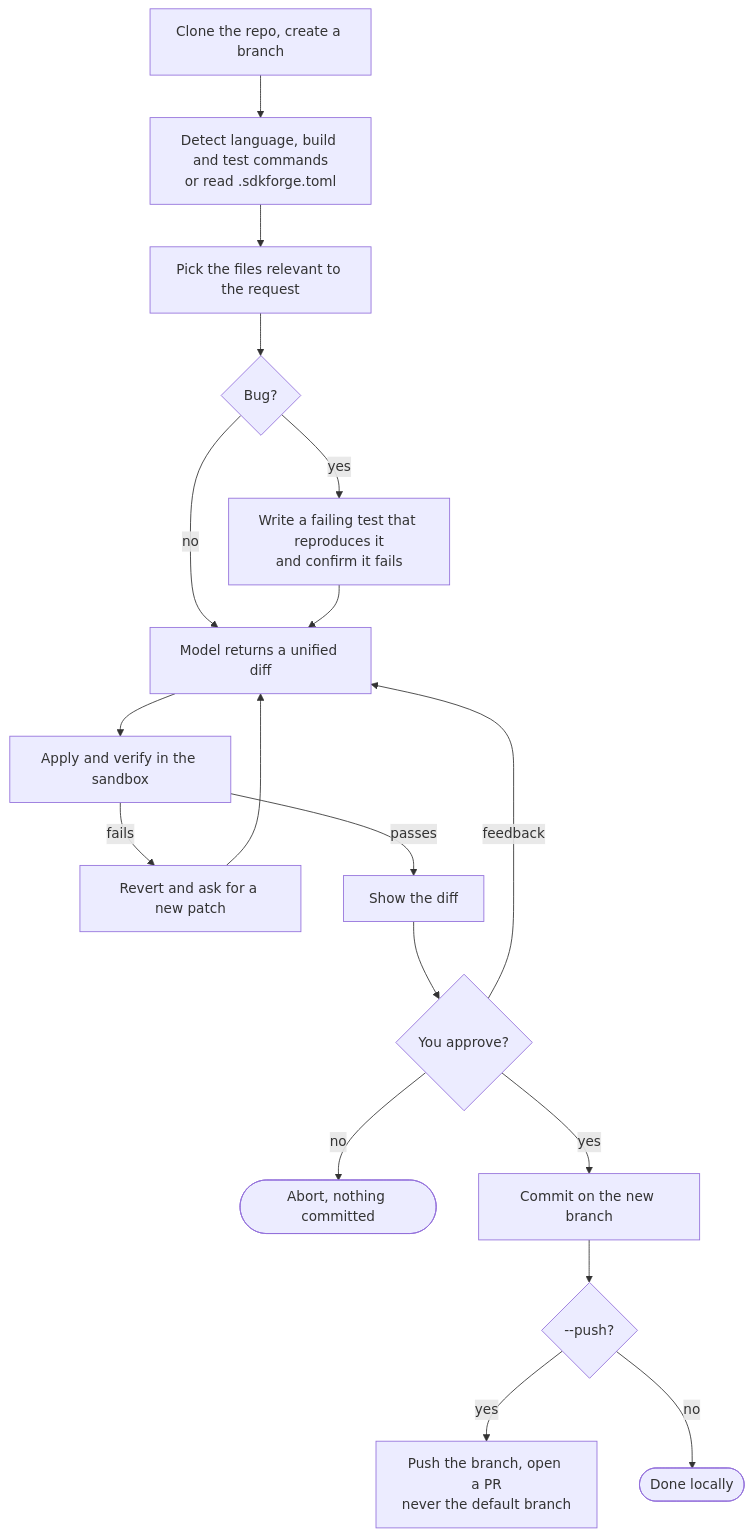
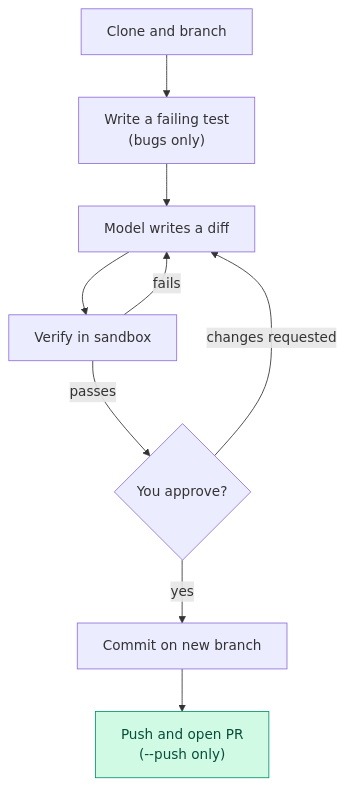
The fourth of 6 diagrams in README.md (phoscoder/sdk-forger), drawn with Mermaid before and after one commit. The commit also changed other lines of this file, not shown here.

Commit message:
docs: simplify the README diagrams

````diff
--- a/README.md
+++ b/README.md
@@ -138,20 +107,14 @@
 ```mermaid
 flowchart TD
-    A["Clone the repo, create a branch"] --> B["Detect language, build and test commands<br/>or read .sdkforge.toml"]
-    B --> C["Pick the files relevant to the request"]
-    C --> D{"Bug?"}
-    D -->|yes| E["Write a failing test that reproduces it<br/>and confirm it fails"]
-    D -->|no| F
-    E --> F["Model returns a unified diff"]
-    F --> G["Apply and verify in the sandbox"]
-    G -->|fails| H["Revert and ask for a new patch"]
-    H --> F
-    G -->|passes| I["Show the diff"]
-    I --> J{"You approve?"}
-    J -->|"feedback"| F
-    J -->|no| X(["Abort, nothing committed"])
-    J -->|yes| K["Commit on the new branch"]
-    K --> L{"--push?"}
-    L -->|yes| M["Push the branch, open a PR<br/>never the default branch"]
-    L -->|no| N(["Done locally"])
+    A[Clone and branch] --> B["Write a failing test<br>(bugs only)"]
+    B --> C[Model writes a diff]
+    C --> D[Verify in sandbox]
+    D -- fails --> C
+    D -- passes --> E{You approve?}
+    E -- changes requested --> C
+    E -- yes --> F[Commit on new branch]
+    F --> G["Push and open PR<br>(--push only)"]
+
+    classDef good fill:#d1fae5,stroke:#059669,color:#064e3b
+    class G good
 ```
````
